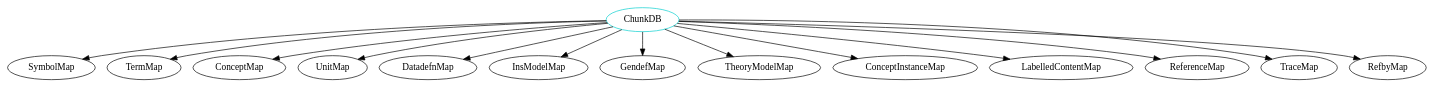
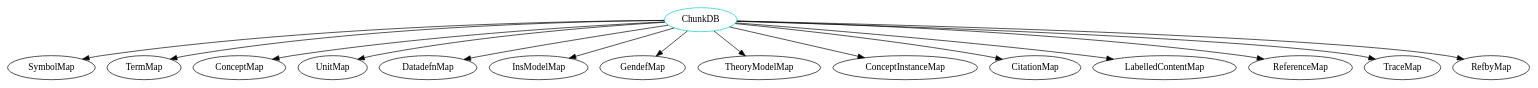
The diagram in analysis/TypeDependencyGraphs/database/ChunkDB.dot (JacquesCarette/Drasil), drawn with Graphviz before and after one commit. The commit also changed 823 other files, not shown here.

```diff
--- a/analysis/TypeDependencyGraphs/database/ChunkDB.dot
+++ b/analysis/TypeDependencyGraphs/database/ChunkDB.dot
@@ -1,16 +1,17 @@
 digraph chunkdb{
 ChunkDB	[shape=oval, color=cyan3, label="ChunkDB"];
 ChunkDB -> SymbolMap;
 ChunkDB -> TermMap;
 ChunkDB -> ConceptMap;
 ChunkDB -> UnitMap;
 ChunkDB -> DatadefnMap;
 ChunkDB -> InsModelMap;
 ChunkDB -> GendefMap;
 ChunkDB -> TheoryModelMap;
 ChunkDB -> ConceptInstanceMap;
+ChunkDB -> CitationMap;
 ChunkDB -> LabelledContentMap;
 ChunkDB -> ReferenceMap;
 ChunkDB -> TraceMap;
 ChunkDB -> RefbyMap;
 }
```
